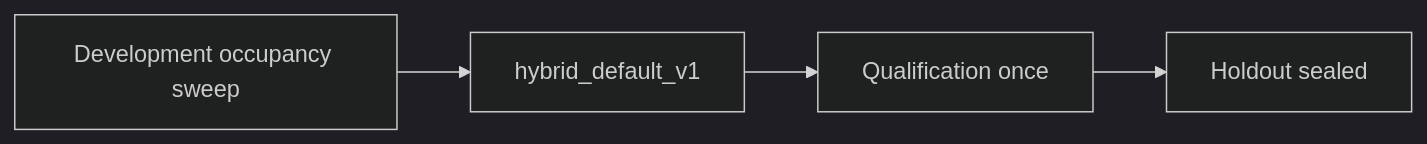
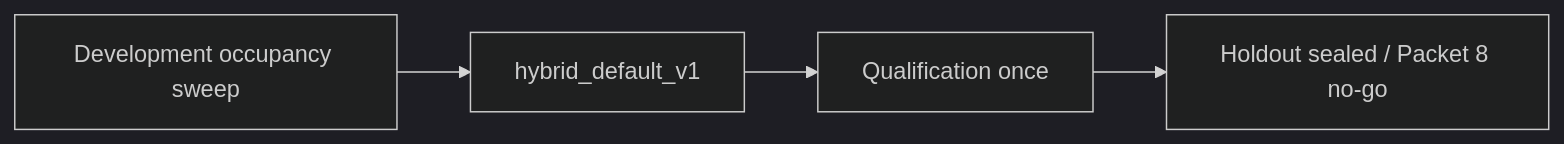
One commit to Nagdy8888/smart-rag changed the diagram in docs/retrieval/HYBRID_TUNING.md. Above: the diagram before and after it, drawn with Mermaid (dark theme). The commit also changed other lines of this file and 15 other files, not shown here.

Commit message:
Record Phase 4 Packet 8 freeze hashes and an honest holdout no-go without opening sealed labels.

````diff
--- a/docs/retrieval/HYBRID_TUNING.md
+++ b/docs/retrieval/HYBRID_TUNING.md
@@ -35,6 +37,6 @@
 ```mermaid
 flowchart LR
   development["Development occupancy sweep"] --> freeze["hybrid_default_v1"]
   freeze --> qualification["Qualification once"]
-  qualification --> sealed["Holdout sealed"]
+  qualification --> sealed["Holdout sealed / Packet 8 no-go"]
 ```
````
